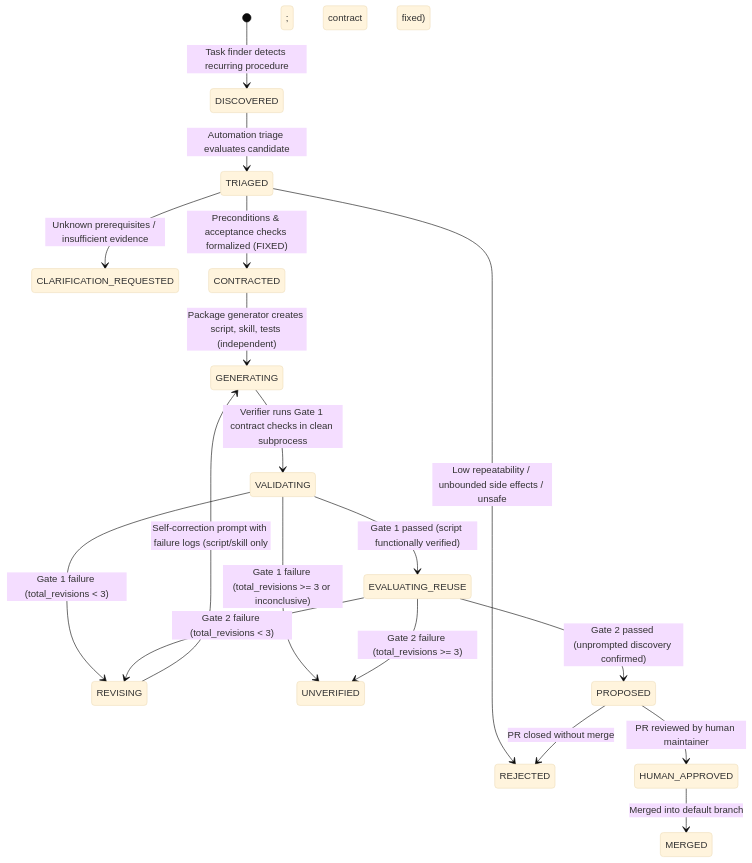
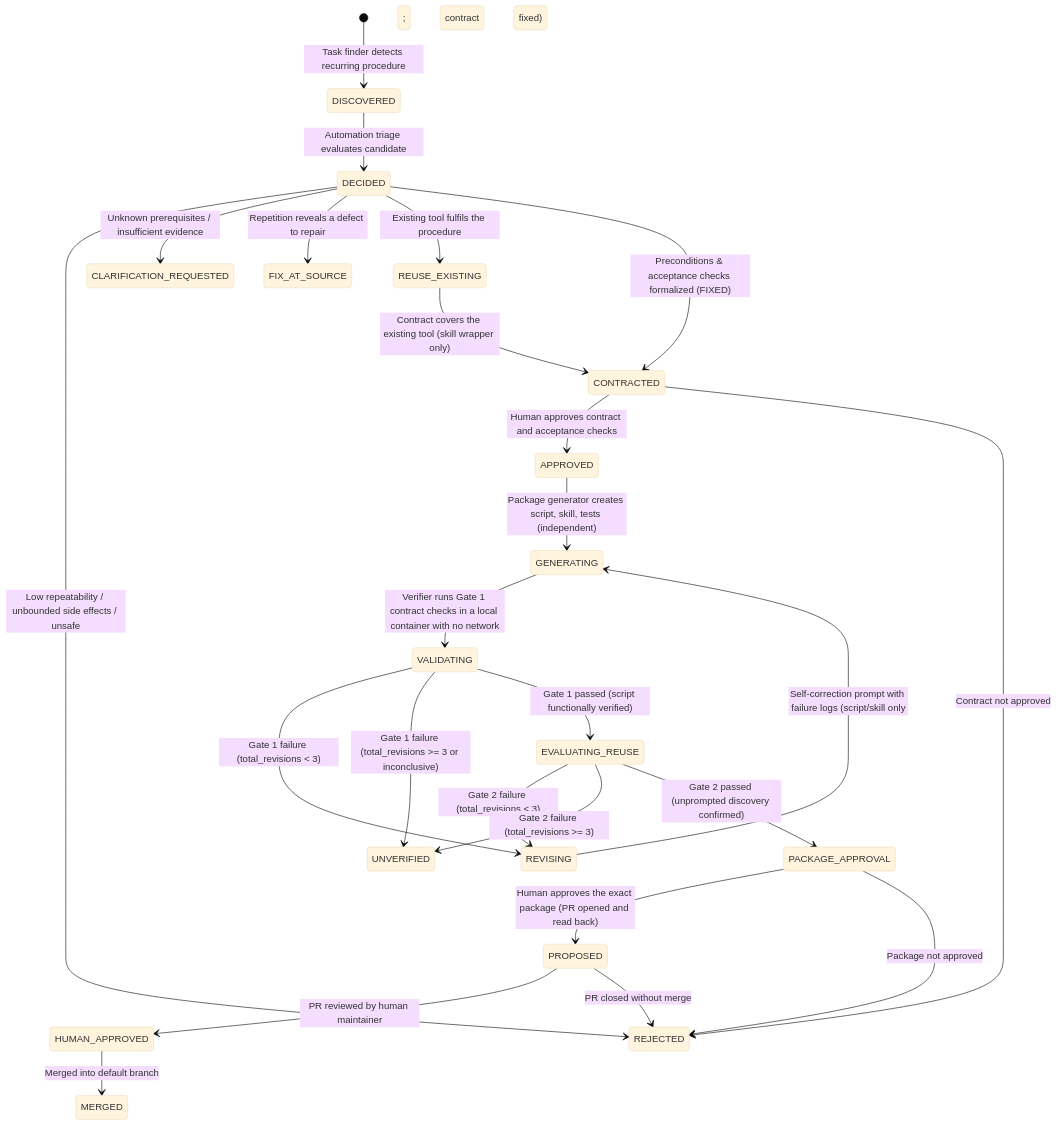
The second of 2 diagrams in docs/architecture/ARCHITECTURE.md (gcpuser1/maga-hackathon), drawn with Mermaid (base theme) before and after one commit. The commit also changed other lines of this file and 2 other files, not shown here.

First line of the commit message:
docs: align the architecture document with the published pages

````diff
--- a/docs/architecture/ARCHITECTURE.md
+++ b/docs/architecture/ARCHITECTURE.md
@@ -276,28 +245,35 @@
 ```mermaid
 stateDiagram-v2
     [*] --> DISCOVERED: Task finder detects recurring procedure
-    DISCOVERED --> TRIAGED: Automation triage evaluates candidate
+    DISCOVERED --> DECIDED: Automation triage evaluates candidate
     
-    TRIAGED --> REJECTED: Low repeatability / unbounded side effects / unsafe
-    TRIAGED --> CLARIFICATION_REQUESTED: Unknown prerequisites / insufficient evidence
-    TRIAGED --> CONTRACTED: Preconditions & acceptance checks formalized (FIXED)
+    DECIDED --> REJECTED: Low repeatability / unbounded side effects / unsafe
+    DECIDED --> CLARIFICATION_REQUESTED: Unknown prerequisites / insufficient evidence
+    DECIDED --> FIX_AT_SOURCE: Repetition reveals a defect to repair
+    DECIDED --> REUSE_EXISTING: Existing tool fulfils the procedure
+    REUSE_EXISTING --> CONTRACTED: Contract covers the existing tool (skill wrapper only)
+    DECIDED --> CONTRACTED: Preconditions & acceptance checks formalized (FIXED)
     
-    CONTRACTED --> GENERATING: Package generator creates script, skill, tests (independent)
-    GENERATING --> VALIDATING: Verifier runs Gate 1 contract checks in clean subprocess
+    CONTRACTED --> APPROVED: Human approves contract and acceptance checks
+    CONTRACTED --> REJECTED: Contract not approved
+    APPROVED --> GENERATING: Package generator creates script, skill, tests (independent)
+    GENERATING --> VALIDATING: Verifier runs Gate 1 contract checks in a local container with no network
     
     VALIDATING --> REVISING: Gate 1 failure (total_revisions < 3)
     VALIDATING --> UNVERIFIED: Gate 1 failure (total_revisions >= 3 or inconclusive)
     
     VALIDATING --> EVALUATING_REUSE: Gate 1 passed (script functionally verified)
     
     EVALUATING_REUSE --> REVISING: Gate 2 failure (total_revisions < 3)
     EVALUATING_REUSE --> UNVERIFIED: Gate 2 failure (total_revisions >= 3)
     
     REVISING --> GENERATING: Self-correction prompt with failure logs (script/skill only; contract fixed)
     
-    EVALUATING_REUSE --> PROPOSED: Gate 2 passed (unprompted discovery confirmed)
+    EVALUATING_REUSE --> PACKAGE_APPROVAL: Gate 2 passed (unprompted discovery confirmed)
+    PACKAGE_APPROVAL --> PROPOSED: Human approves the exact package (PR opened and read back)
+    PACKAGE_APPROVAL --> REJECTED: Package not approved
     
     PROPOSED --> HUMAN_APPROVED: PR reviewed by human maintainer
     PROPOSED --> REJECTED: PR closed without merge
     HUMAN_APPROVED --> MERGED: Merged into default branch
 ```
````
